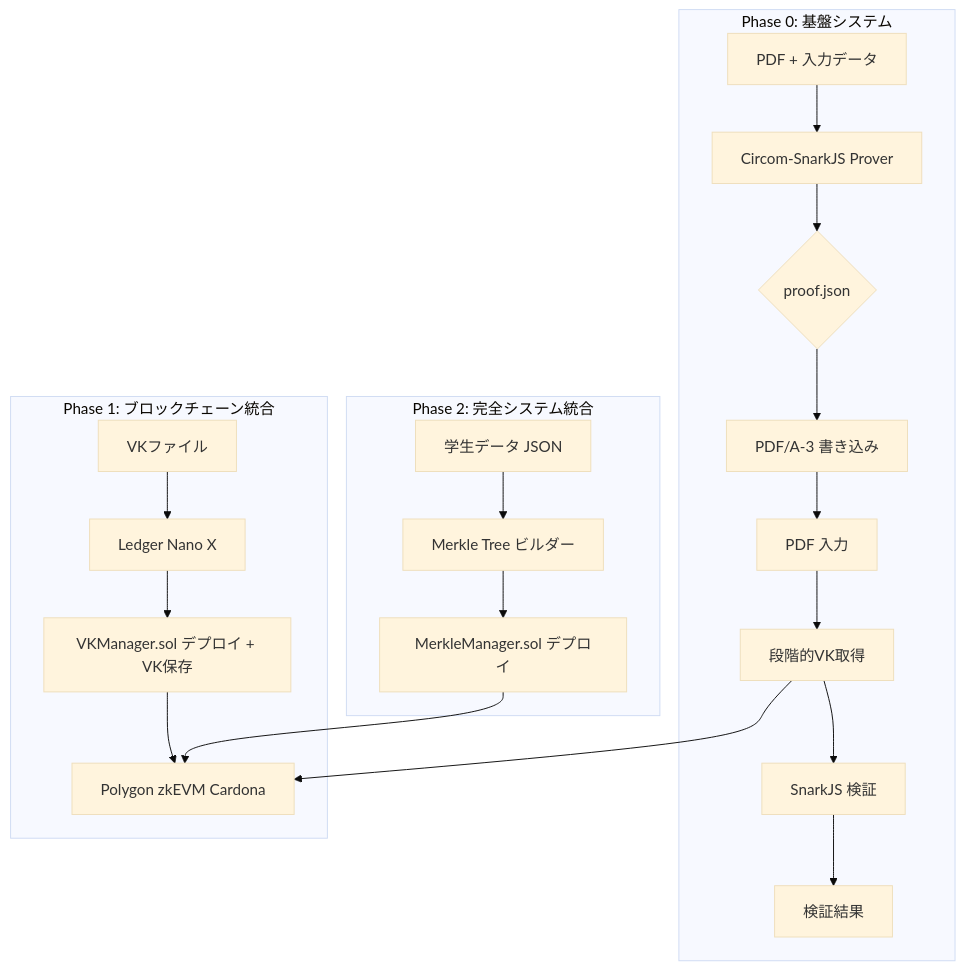
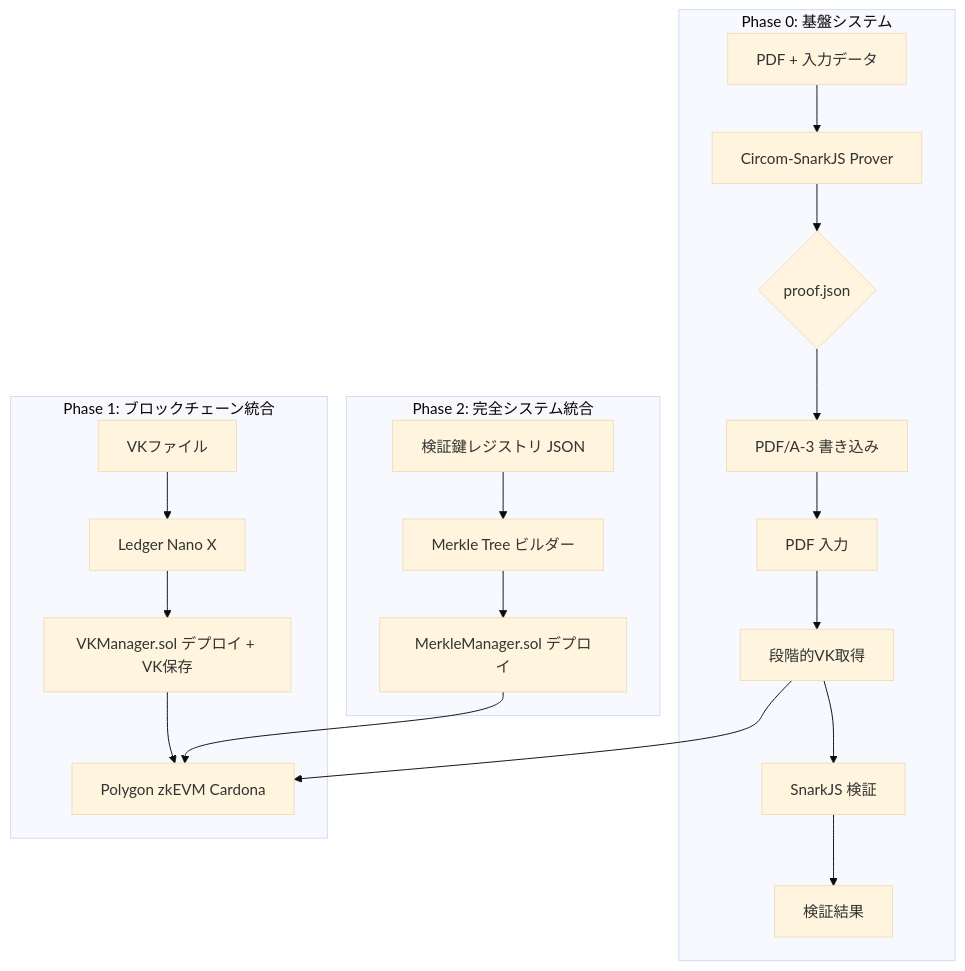
Before and after one commit to Blank-Vulture/Tri-CertFramework: the diagram in prototype-docs/FSD_Prototype.md, drawn with Mermaid (base theme). The commit also changed other lines of this file and 51 other files, not shown here.

````diff
--- a/prototype-docs/FSD_Prototype.md
+++ b/prototype-docs/FSD_Prototype.md
@@ -9,23 +9,23 @@
 ```mermaid
 graph TD
   subgraph "Phase 0: 基盤システム"
     A[PDF + 入力データ] --> B[Circom-SnarkJS Prover]
     B --> C{proof.json}
     C --> D[PDF/A-3 書き込み]
     D --> K[PDF 入力]
     K --> L[段階的VK取得]
     L --> M[SnarkJS 検証]
     M --> N[検証結果]
   end
   subgraph "Phase 1: ブロックチェーン統合"
     E[VKファイル] --> F[Ledger Nano X]
     F --> G[VKManager.sol デプロイ + VK保存]
     G --> O[Polygon zkEVM Cardona]
     L --> O
   end
   subgraph "Phase 2: 完全システム統合"
-    H[学生データ JSON] --> I[Merkle Tree ビルダー]
+    H[検証鍵レジストリ JSON] --> I[Merkle Tree ビルダー]
     I --> J[MerkleManager.sol デプロイ]
     J --> O
   end
 ```
````
